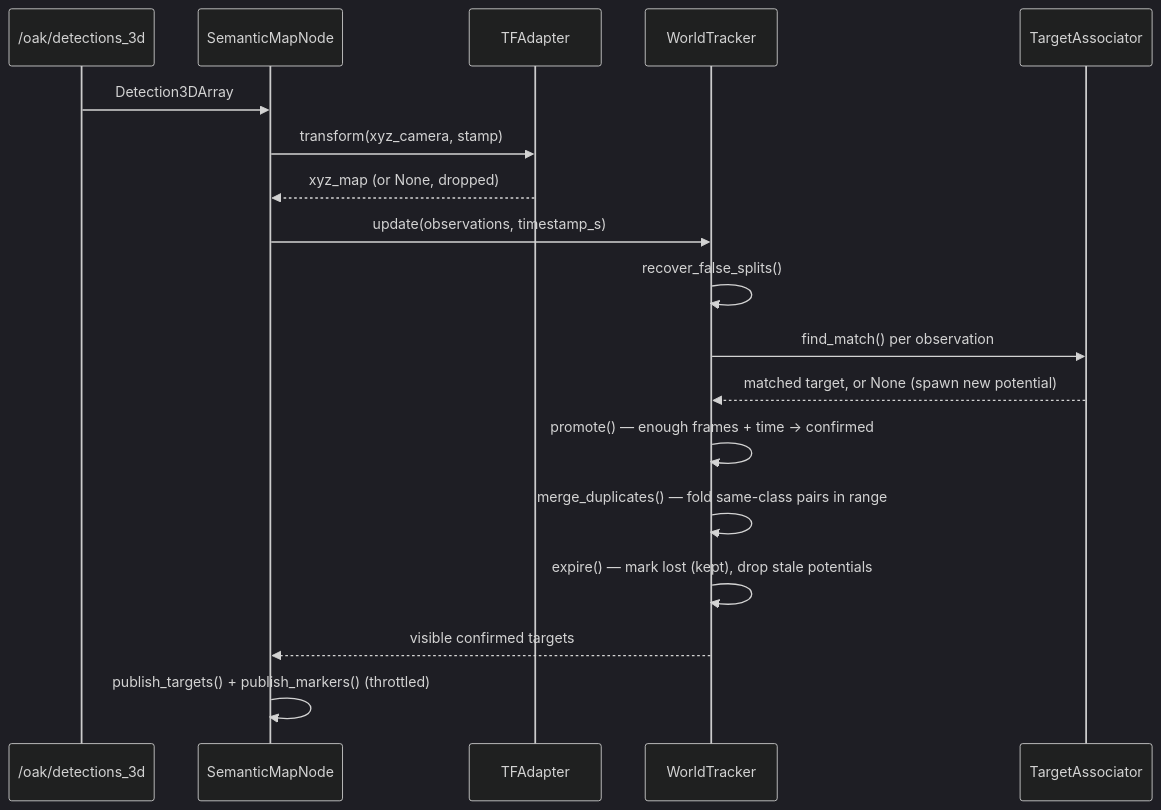
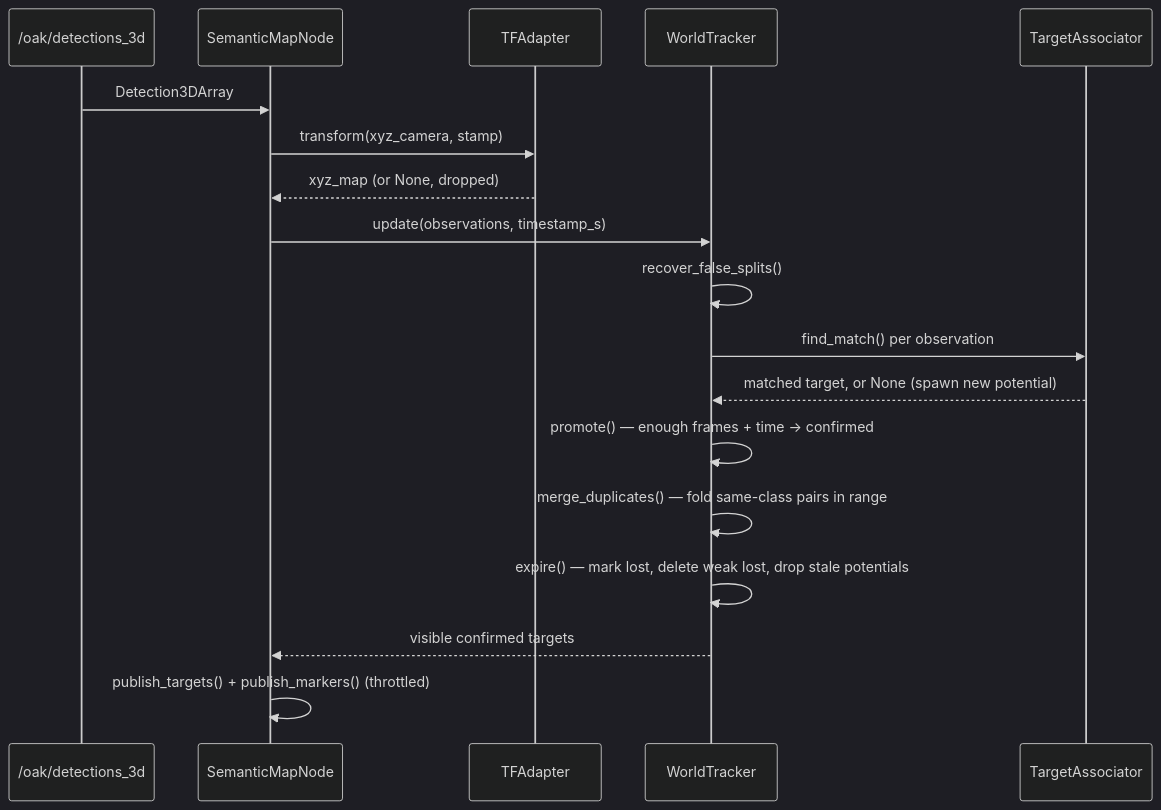
One commit to Boston-Robot-Hackers/dome_semantic changed the second of 2 diagrams in process/01-literate/00-overview.md. Above: the diagram before and after it, drawn with Mermaid (dark theme). The commit also changed other lines of this file and 17 other files, not shown here.

First line of the commit message:
feat(F37): forget weak lost targets

````diff
--- a/process/01-literate/00-overview.md
+++ b/process/01-literate/00-overview.md
@@ -125,21 +126,21 @@
 ```mermaid
 sequenceDiagram
     participant Cam as /oak/detections_3d
     participant Node as SemanticMapNode
     participant TF as TFAdapter
     participant Tracker as WorldTracker
     participant Assoc as TargetAssociator
 
     Cam->>Node: Detection3DArray
     Node->>TF: transform(xyz_camera, stamp)
     TF-->>Node: xyz_map (or None, dropped)
     Node->>Tracker: update(observations, timestamp_s)
     Tracker->>Tracker: recover_false_splits()
     Tracker->>Assoc: find_match() per observation
     Assoc-->>Tracker: matched target, or None (spawn new potential)
     Tracker->>Tracker: promote() — enough frames + time -> confirmed
     Tracker->>Tracker: merge_duplicates() — fold same-class pairs in range
-    Tracker->>Tracker: expire() — mark lost (kept), drop stale potentials
+    Tracker->>Tracker: expire() — mark lost, delete weak lost, drop stale potentials
     Tracker-->>Node: visible confirmed targets
     Node->>Node: publish_targets() + publish_markers() (throttled)
 ```
````
